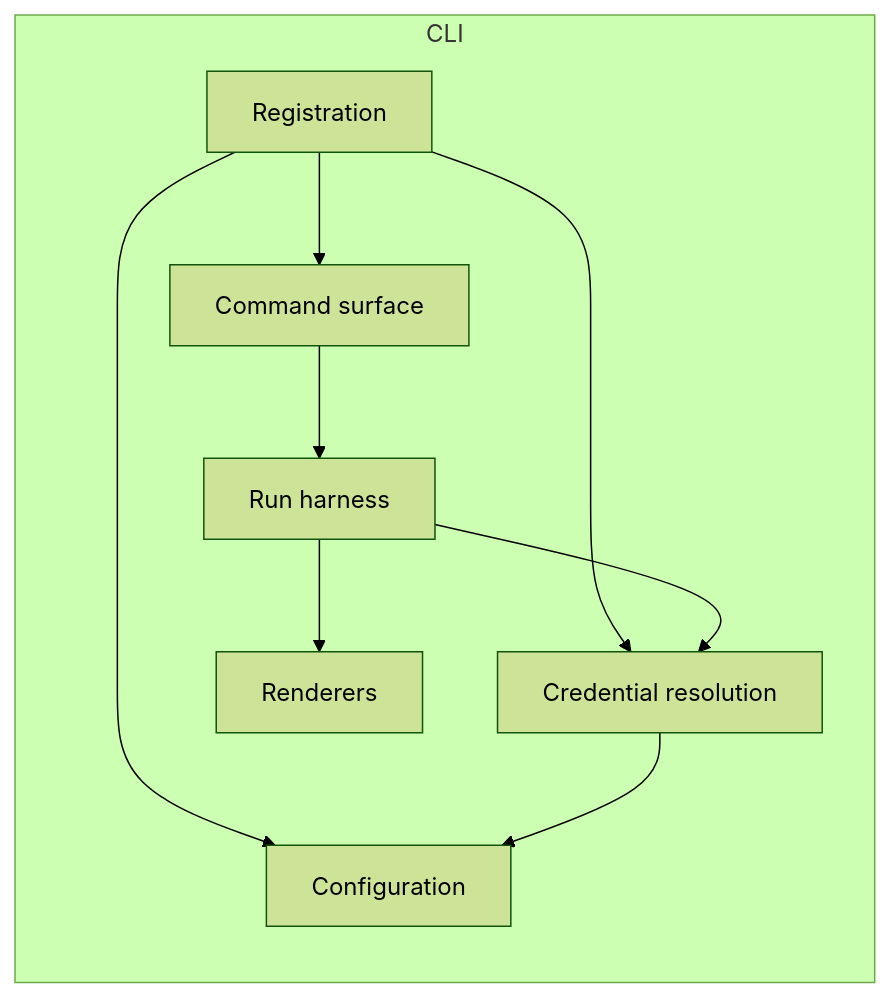
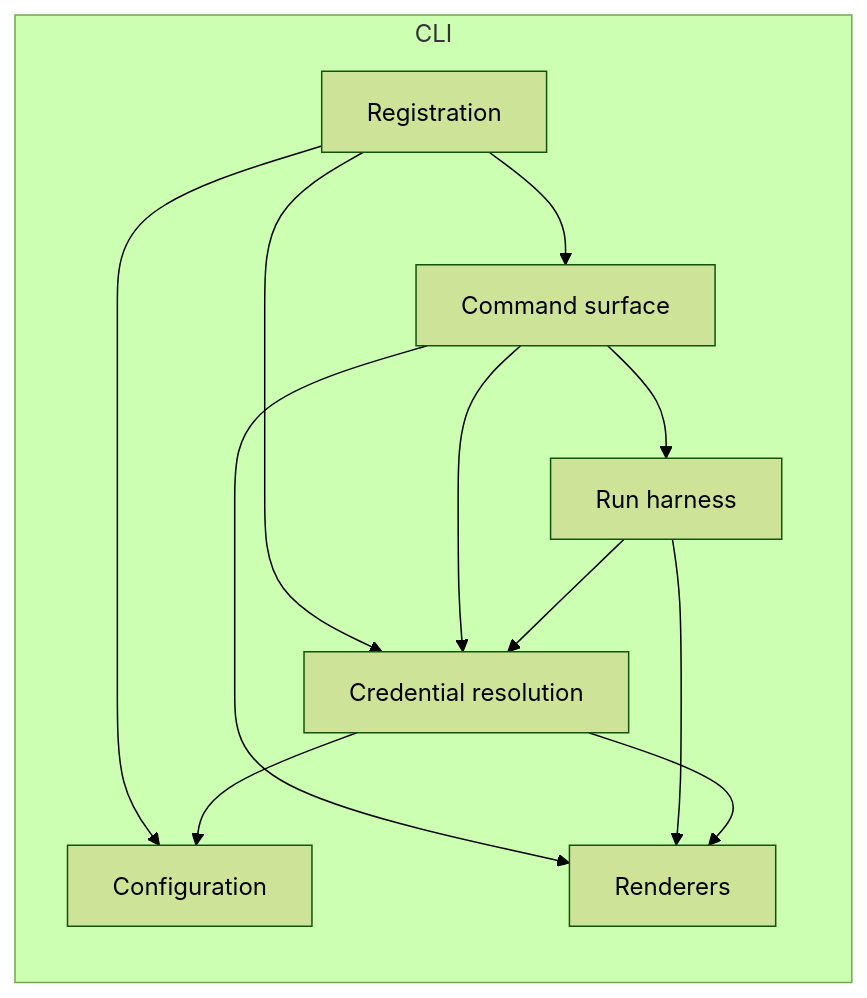
One commit to pipefy/ai-toolkit changed the fifth of 11 diagrams in docs/contributing/architecture.md. Above: the diagram before and after it, drawn with Mermaid (forest theme).

Commit message:
docs: draw every block import in the CLI diagram

````diff
--- a/docs/contributing/architecture.md
+++ b/docs/contributing/architecture.md
@@ -347,20 +347,23 @@
 ```mermaid
 flowchart TB
     subgraph cli["CLI"]
         direction TB
         registration["Registration"]
         surface["Command surface"]
         harness["Run harness"]
         credentials["Credential resolution"]
         renderers["Renderers"]
         config["Configuration"]
     end
 
     registration --> surface
     registration --> credentials
     registration --> config
     surface --> harness
+    surface --> credentials
+    surface --> renderers
     harness --> credentials
     harness --> renderers
+    credentials --> renderers
     credentials --> config
 ```
````
